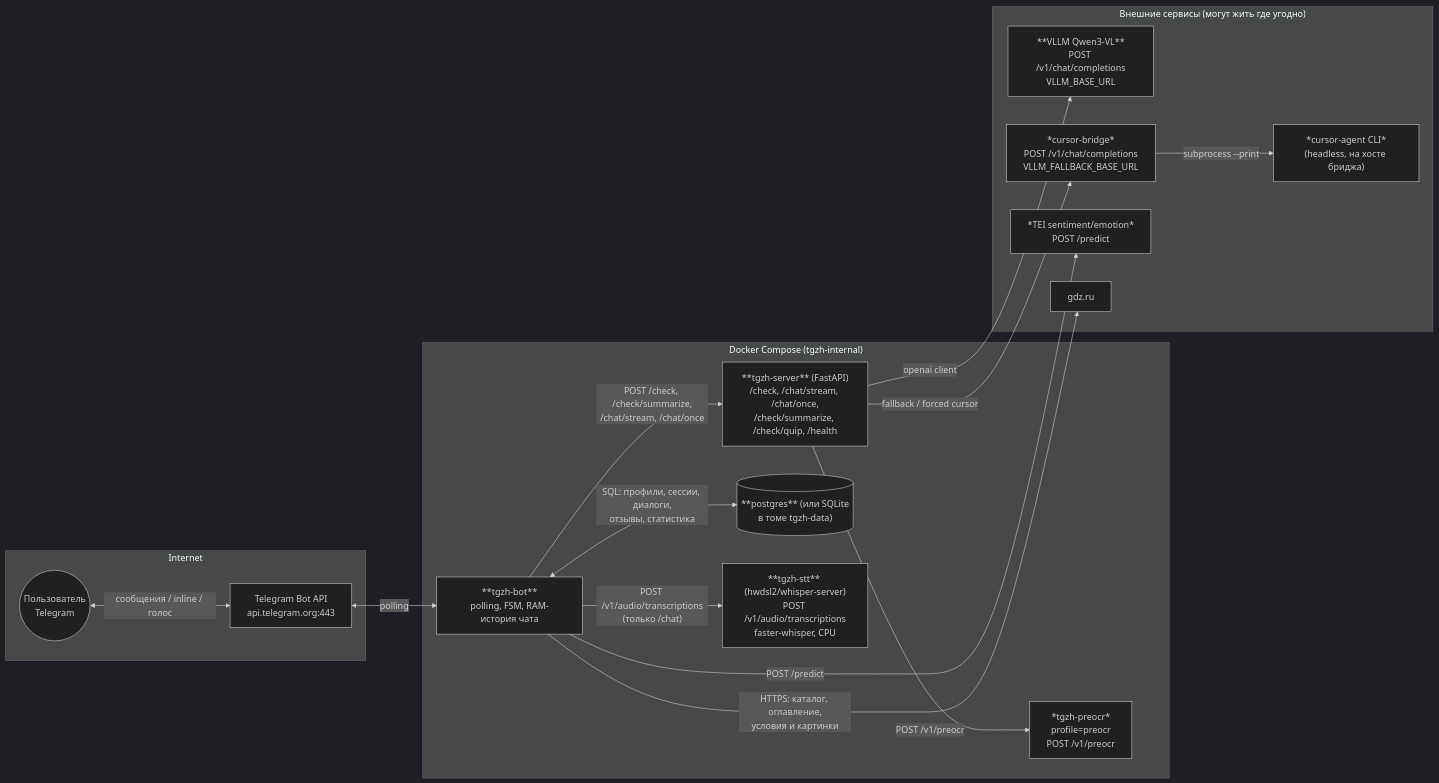
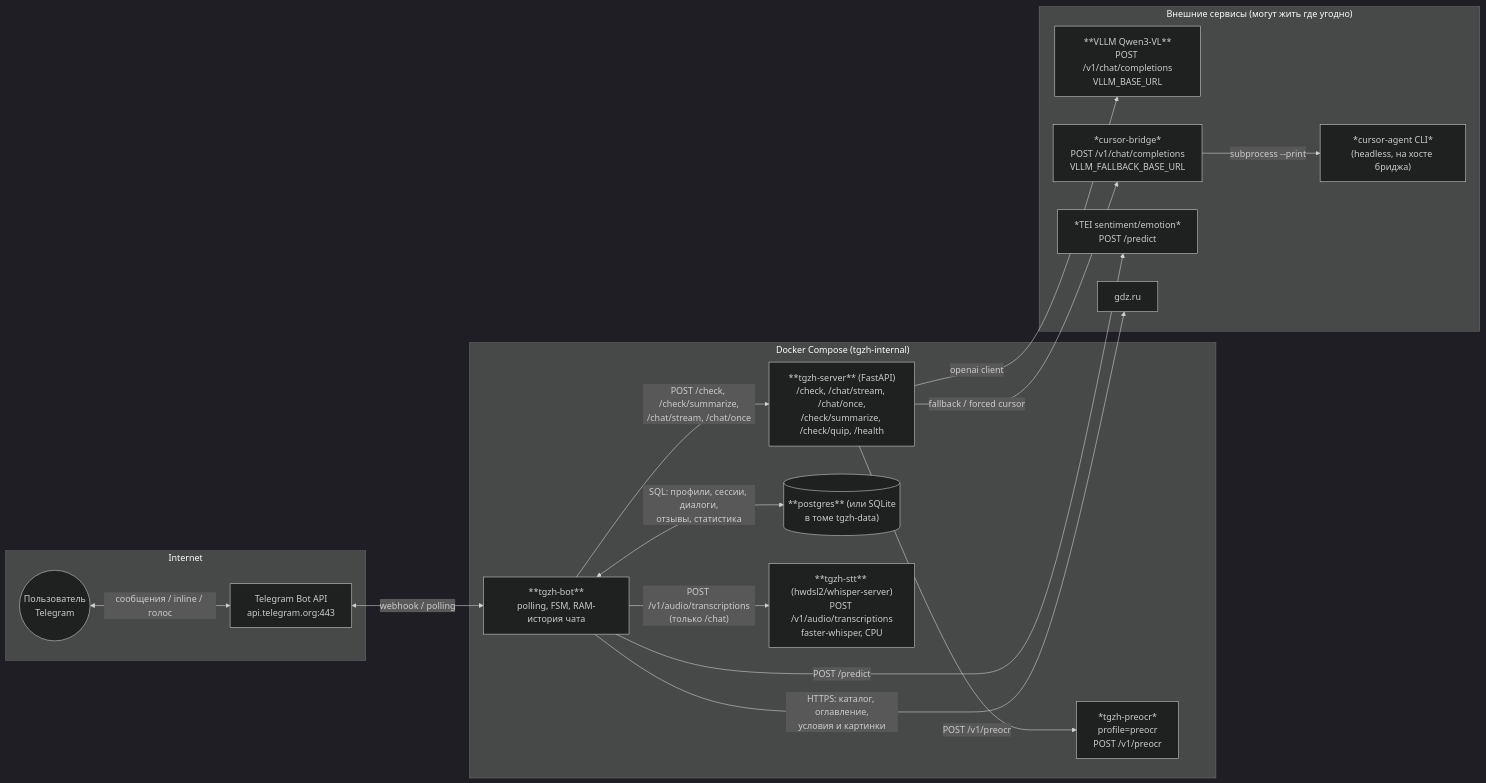
One commit to vramdibs/tgzh changed the diagram in README.md. Above: the diagram before and after it, drawn with Mermaid (dark theme). The commit also changed other lines of this file and 9 other files, not shown here.

````diff
--- a/README.md
+++ b/README.md
@@ -62,35 +62,35 @@
 ```mermaid
 flowchart LR
     subgraph Internet
         user(("Пользователь<br/>Telegram"))
         tg["Telegram Bot API<br/>api.telegram.org:443"]
     end
 
     subgraph Compose["Docker Compose (tgzh-internal)"]
         bot["**tgzh-bot**<br/>polling, FSM, RAM-история чата"]
         server["**tgzh-server** (FastAPI)<br/>/check, /chat/stream, /chat/once,<br/>/check/summarize, /check/quip, /health"]
         pg[("**postgres** (или SQLite<br/>в томе tgzh-data)")]
         preocr["*tgzh-preocr*<br/>profile=preocr<br/>POST /v1/preocr"]
         stt["**tgzh-stt** (hwdsl2/whisper-server)<br/>POST /v1/audio/transcriptions<br/>faster-whisper, CPU"]
     end
 
     subgraph External["Внешние сервисы (могут жить где угодно)"]
         vllm["**VLLM Qwen3-VL**<br/>POST /v1/chat/completions<br/>VLLM_BASE_URL"]
         bridge["*cursor-bridge*<br/>POST /v1/chat/completions<br/>VLLM_FALLBACK_BASE_URL"]
         cursorcli["*cursor-agent CLI*<br/>(headless, на хосте бриджа)"]
         tei["*TEI sentiment/emotion*<br/>POST /predict"]
         gdz["gdz.ru"]
     end
 
     user <-- "сообщения / inline / голос" --> tg
-    tg <-- "polling" --> bot
+    tg <-- "webhook / polling" --> bot
     bot -- "POST /check, /check/summarize,<br/>/chat/stream, /chat/once" --> server
     bot <-- "SQL: профили, сессии, диалоги,<br/>отзывы, статистика" --> pg
     bot -- "HTTPS: каталог, оглавление,<br/>условия и картинки" --> gdz
     bot -- "POST /predict" --> tei
     bot -- "POST /v1/audio/transcriptions<br/>(только /chat)" --> stt
     server -- "openai client" --> vllm
     server -- "fallback / forced cursor" --> bridge
     bridge -- "subprocess --print" --> cursorcli
     server -- "POST /v1/preocr" --> preocr
 ```
````
